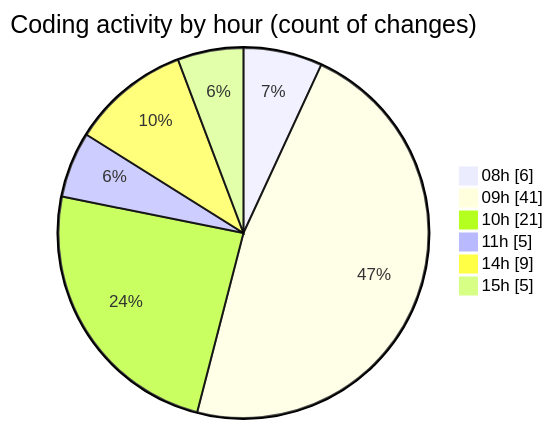
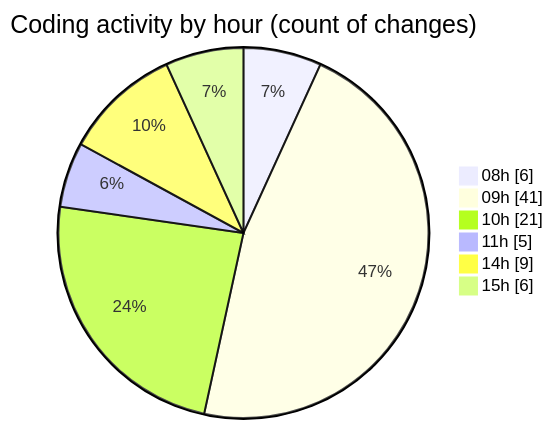
The second of 2 diagrams in 2026-01-29/cda/README.md (momahboobian/code-tracking), drawn with Mermaid before and after one commit. The commit also changed other lines of this file and 1 other file, not shown here.

````diff
--- a/2026-01-29/cda/README.md
+++ b/2026-01-29/cda/README.md
@@ -34,10 +34,10 @@
 ```mermaid
 pie showData
 title Coding activity by hour (count of changes)
 "08h" : 6
 "09h" : 41
 "10h" : 21
 "11h" : 5
 "14h" : 9
-"15h" : 5
+"15h" : 6
 ```
````
